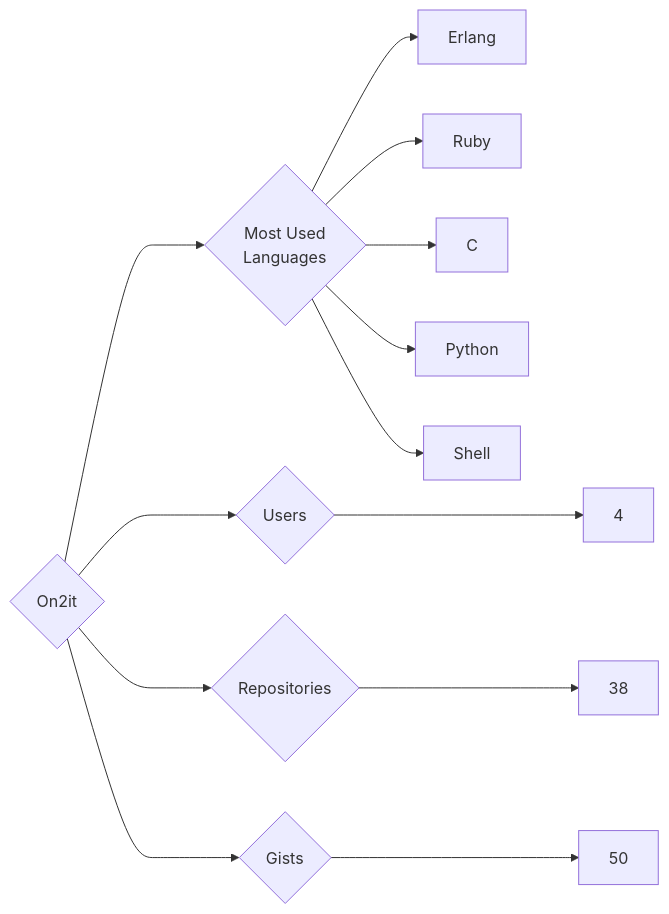
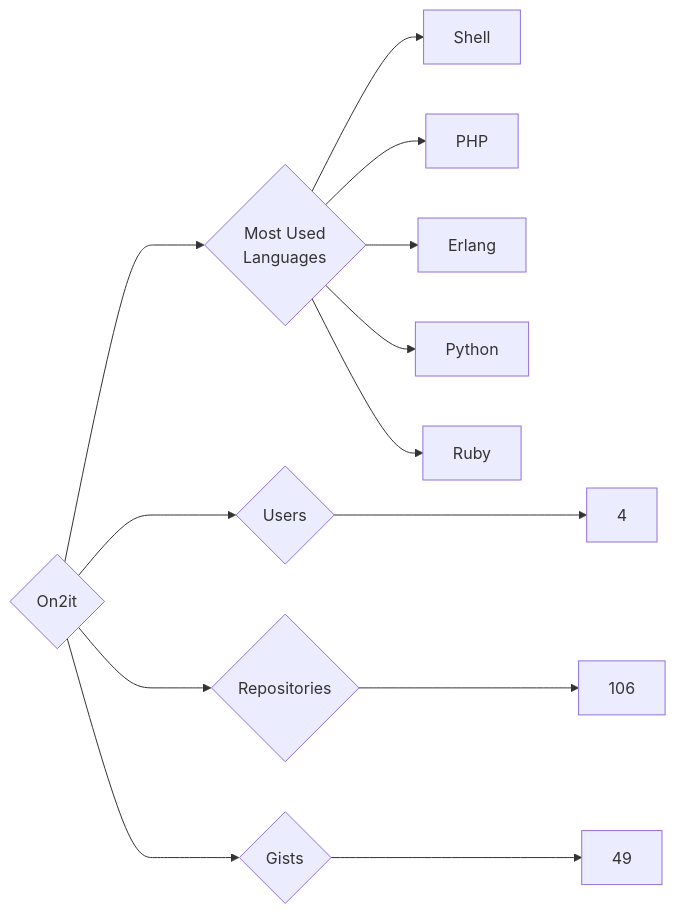
The diagram in targets/On2it/README.md (trickest/insiders), drawn with Mermaid before and after one commit. The commit also changed 797 other files, not shown here.

````diff
--- a/targets/On2it/README.md
+++ b/targets/On2it/README.md
@@ -3,13 +3,13 @@
 ```mermaid
 graph LR
 COMPANY_NAME{On2it}
 COMPANY_NAME ---> U{Users} ---> UN[4]
-COMPANY_NAME ---> R{Repositories} ---> RN[38]
-COMPANY_NAME ---> G{Gists} ---> GN[50]
+COMPANY_NAME ---> R{Repositories} ---> RN[106]
+COMPANY_NAME ---> G{Gists} ---> GN[49]
 COMPANY_NAME ---> ML{Most Used<br>Languages}
+ML --> Shell[Shell]
+ML --> PHP[PHP]
 ML --> Erlang[Erlang]
+ML --> Python[Python]
 ML --> Ruby[Ruby]
-ML --> C[C]
-ML --> Python[Python]
-ML --> Shell[Shell]
 ```
````
